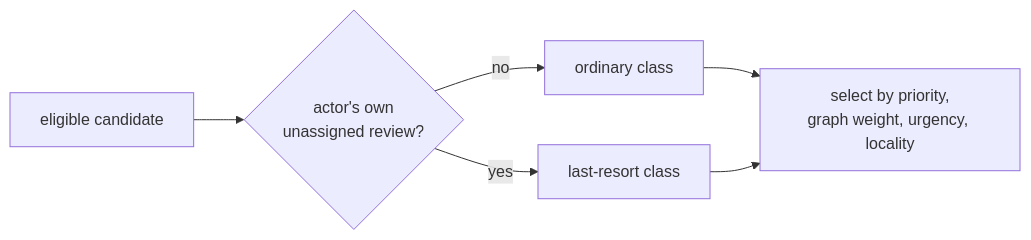
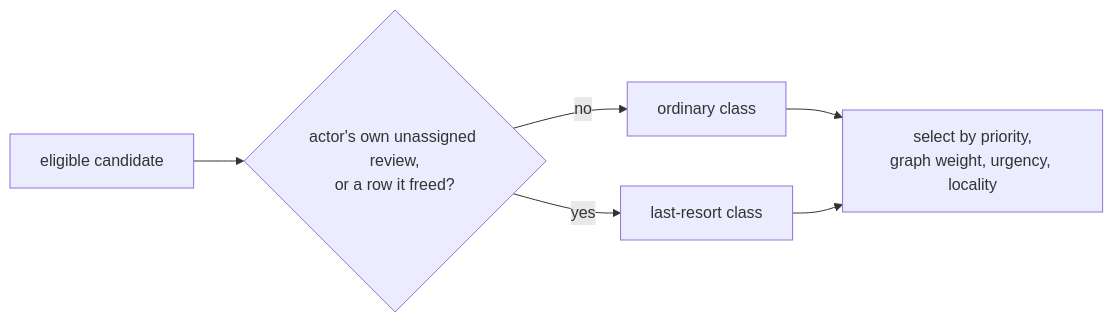
Before and after one commit to infimalabs/spice-rust: the eighth of 23 diagrams in docs/product/value.md, drawn with Mermaid. The commit also changed other lines of this file and 7 other files, not shown here.

First line of the commit message:
board: spice: rank freed rows and self-review as last resort ALLOCAT-dTqGTYhn4

````diff
--- a/docs/product/value.md
+++ b/docs/product/value.md
@@ -169,8 +169,8 @@
 ```mermaid
 flowchart LR
-  R["eligible candidate"] --> S{"actor's own<br/>unassigned review?"}
+  R["eligible candidate"] --> S{"actor's own unassigned review,<br/>or a row it freed?"}
   S -- no --> E["ordinary class"]
   S -- yes --> L["last-resort class"]
   E --> A["select by priority,<br/>graph weight, urgency, locality"]
   L --> A
 ```
````
